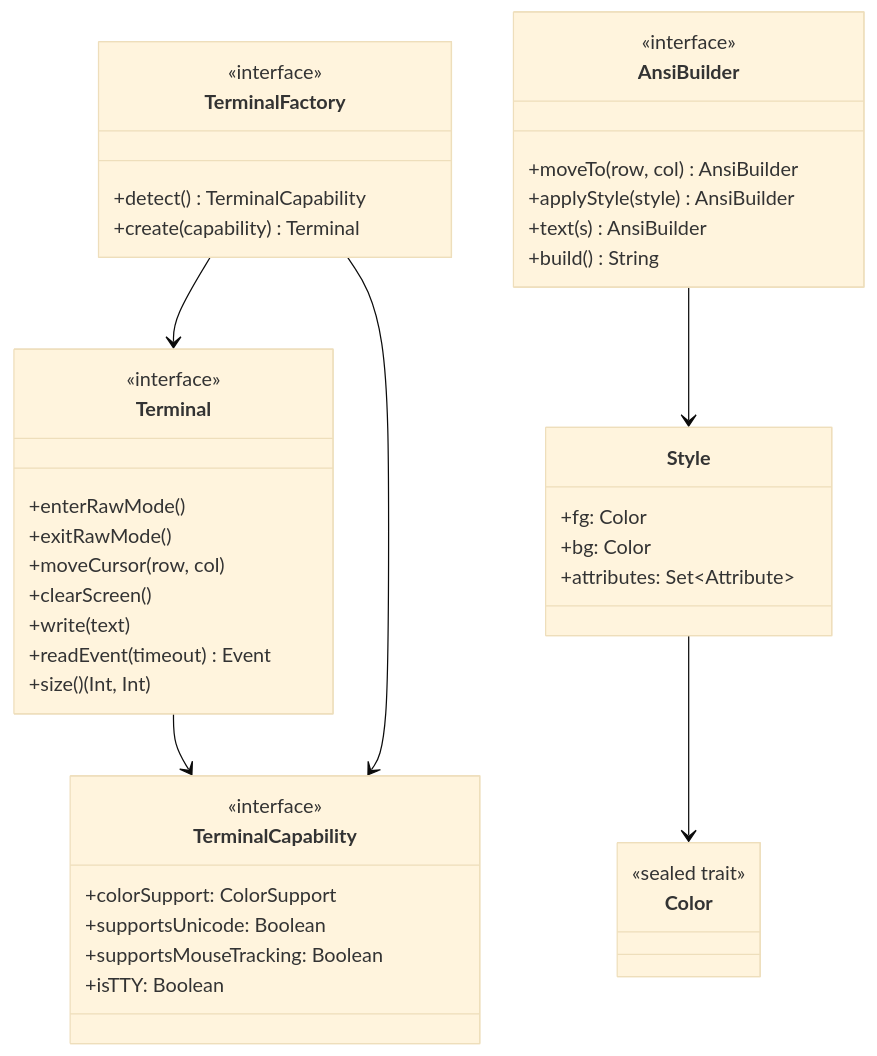
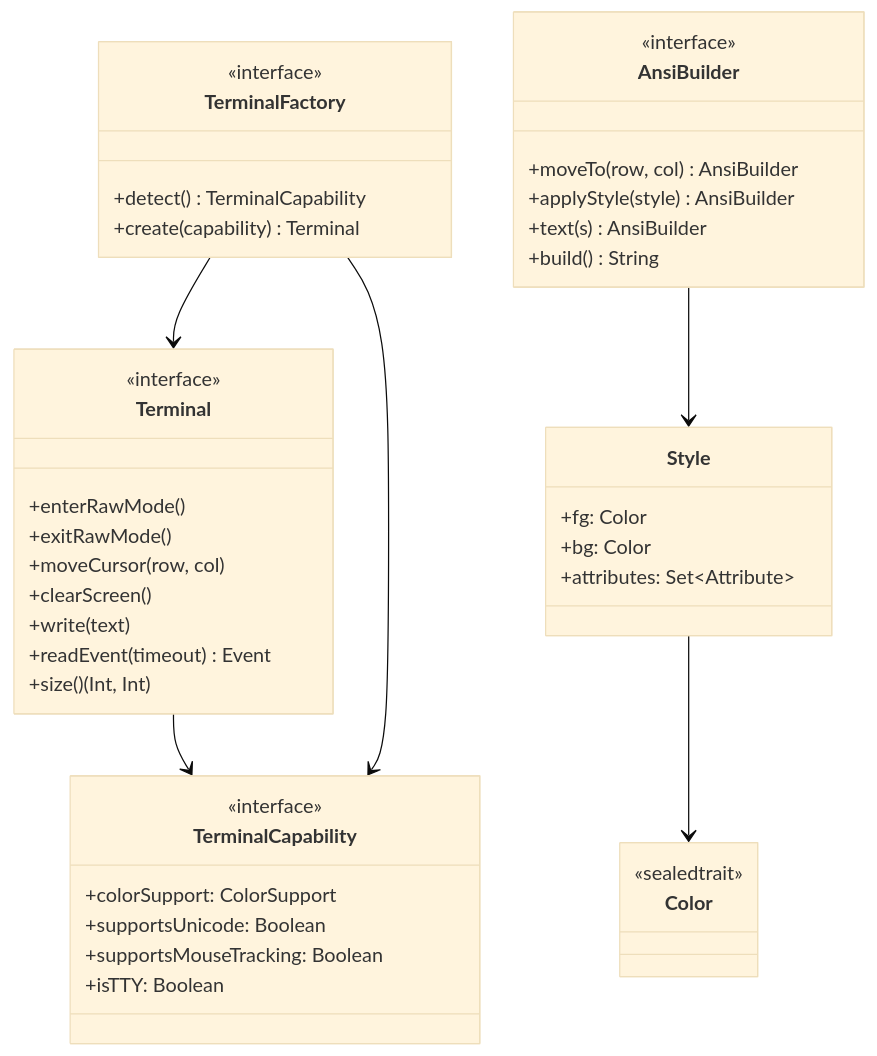
The third of 26 diagrams in docs/terminal-architecture.md (WickedSik/ws-console), drawn with Mermaid (base theme) before and after one commit. The commit also changed other lines of this file and 7 other files, not shown here.

````diff
--- a/docs/terminal-architecture.md
+++ b/docs/terminal-architecture.md
@@ -157,51 +155,51 @@
 ```mermaid
 classDiagram
     class Terminal {
         <<interface>>
         +enterRawMode()
         +exitRawMode()
         +moveCursor(row, col)
         +clearScreen()
         +write(text)
         +readEvent(timeout) Event
-        +size() (Int, Int)
+        +size()(Int, Int)
     }
 
     class TerminalCapability {
         <<interface>>
         +colorSupport: ColorSupport
         +supportsUnicode: Boolean
         +supportsMouseTracking: Boolean
         +isTTY: Boolean
     }
 
     class TerminalFactory {
         <<interface>>
         +detect() TerminalCapability
         +create(capability) Terminal
     }
 
     class AnsiBuilder {
         <<interface>>
         +moveTo(row, col) AnsiBuilder
         +applyStyle(style) AnsiBuilder
         +text(s) AnsiBuilder
         +build() String
     }
 
     class Color {
-        <<sealed trait>>
-    }
+<<sealedtrait>>
+}
 
-    class Style {
-        +fg: Color
-        +bg: Color
-        +attributes: Set~Attribute~
-    }
+class Style {
++fg: Color
++bg: Color
++attributes: Set~Attribute~
+}
 
-    Terminal --> TerminalCapability
-    TerminalFactory --> Terminal
-    TerminalFactory --> TerminalCapability
-    AnsiBuilder --> Style
-    Style --> Color
+Terminal --> TerminalCapability
+TerminalFactory --> Terminal
+TerminalFactory --> TerminalCapability
+AnsiBuilder --> Style
+Style --> Color
 ```
````
